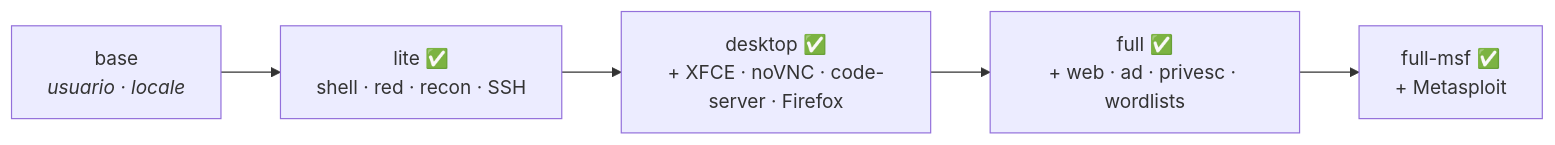
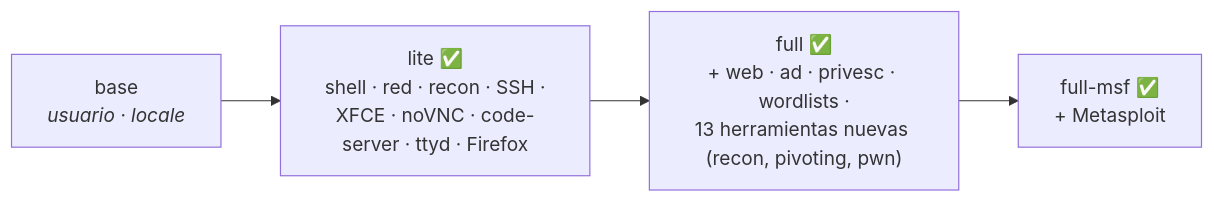
Before and after one commit to hackadvisermx/sec-lab-claude: the third of 3 diagrams in docs/arquitectura.md, drawn with Mermaid. The commit also changed other lines of this file and 40 other files, not shown here.

````diff
--- a/docs/arquitectura.md
+++ b/docs/arquitectura.md
@@ -126,9 +126,8 @@
 ```mermaid
 graph LR
     base["base<br/><i>usuario · locale</i>"] --> lite
-    lite["lite ✅<br/>shell · red · recon · SSH"] --> desktop
-    desktop["desktop ✅<br/>+ XFCE · noVNC · code-server · Firefox"] --> full
-    full["full ✅<br/>+ web · ad · privesc · wordlists"] --> fullmsf["full-msf ✅<br/>+ Metasploit"]
+    lite["lite ✅<br/>shell · red · recon · SSH ·<br/>XFCE · noVNC · code-server · ttyd · Firefox"] --> full
+    full["full ✅<br/>+ web · ad · privesc · wordlists ·<br/>13 herramientas nuevas (recon, pivoting, pwn)"] --> fullmsf["full-msf ✅<br/>+ Metasploit"]
 
 
 ```
````
